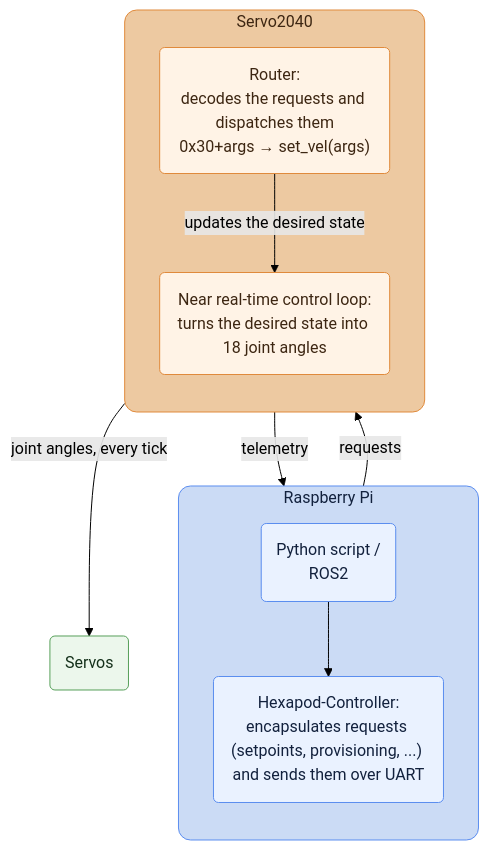
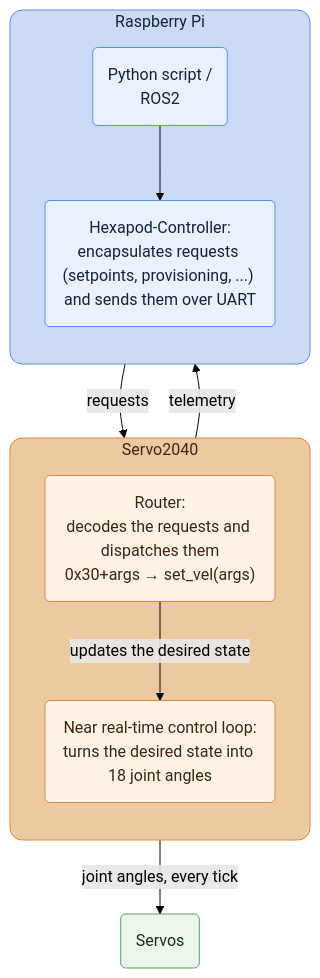
Before and after one commit to ggldnl/Hexapod: the diagram in README.md, drawn with Mermaid. The commit also changed other lines of this file, not shown here.

````diff
--- a/README.md
+++ b/README.md
@@ -32,37 +32,37 @@
 ```mermaid
 flowchart TB
+
+    subgraph MCU["Servo2040"]
+        direction TB
+        ROUTER("Router:<br/>decodes the requests and dispatches them<br/>0x30+args → set_vel(args)")
+        LOOP("Near real-time control loop:<br/>turns the desired state into 18 joint angles")
+        ROUTER -- "updates the desired state" --> LOOP
+    end
 
     subgraph PI["Raspberry Pi"]
         direction TB
         APP("Python script /<br/>ROS2")
         CLIENT("Hexapod-Controller:<br/>encapsulates requests (setpoints, provisioning, ...) and sends them over UART")
         APP --> CLIENT
-    end
-
-    subgraph MCU["Servo2040"]
-        direction TB
-        ROUTER("Router:<br/>decodes the requests and dispatches them<br/>0x30+args → set_vel(args)")
-        LOOP("Near real-time control loop:<br/>turns the desired state into 18 joint angles")
-        ROUTER -- "updates the desired state" --> LOOP
     end
 
     SERVOS("Servos")
 
     CLIENT -->|"requests"| ROUTER
     ROUTER -->|"telemetry"| CLIENT
     LOOP -->|"joint angles, every tick"| SERVOS
 
     classDef pi rx:12,ry:12,fill:#cbdbf5,stroke:#5b8def,color:#12213d
     classDef mcu rx:12,ry:12,fill:#edc9a1,stroke:#e08a3c,color:#3d2612
     classDef host fill:#eaf2ff,stroke:#5b8def,color:#12213d
     classDef board fill:#fff3e6,stroke:#e08a3c,color:#3d2612
     classDef act fill:#ecf7ec,stroke:#57a05a,color:#14301a
 
     class PI pi
     class MCU mcu
     class APP,CLIENT host
     class ROUTER,LOOP board
     class SERVOS act
 
     linkStyle default stroke:#000000,color:#000000
 ```
````
